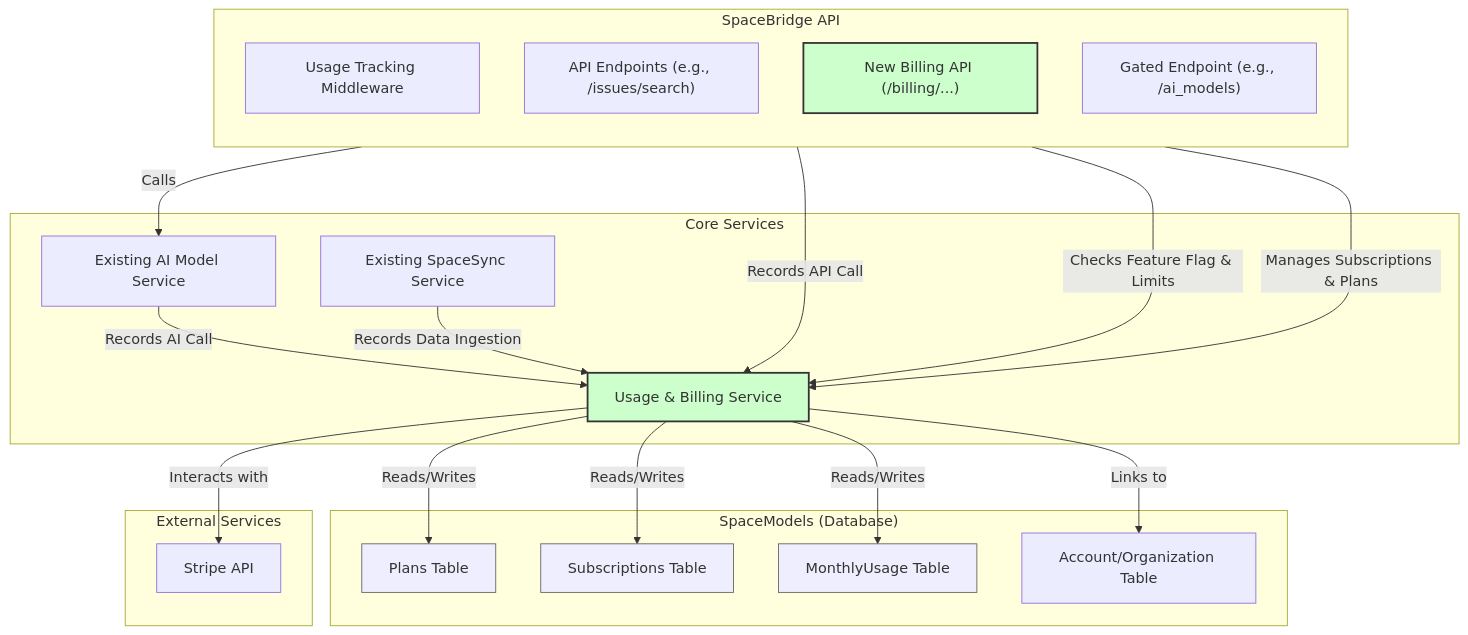
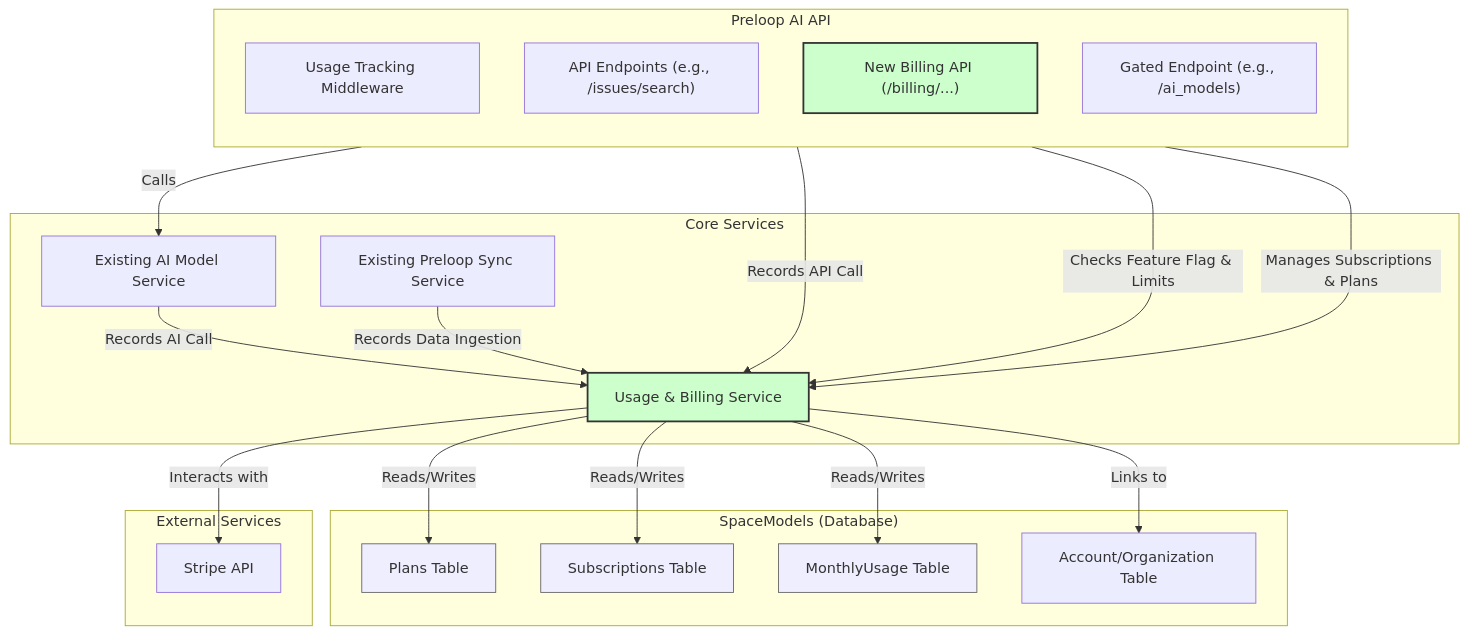
Before and after one commit to GiorgosAlexakis/preloop: the ninth of 9 diagrams in ARCHITECTURE.md, drawn with Mermaid. The commit also changed other lines of this file and 819 other files, not shown here.

````diff
--- a/ARCHITECTURE.md
+++ b/ARCHITECTURE.md
@@ -1095,49 +1094,49 @@
 ```mermaid
 graph TD
-    subgraph "SpaceBridge API"
+    subgraph "Preloop AI API"
         direction TB
         APIMiddleware["Usage Tracking Middleware"]
         APIEndpoints["API Endpoints (e.g., /issues/search)"]
         BillingEndpoints["New Billing API (/billing/...)"]
         FeatureGatedEndpoint["Gated Endpoint (e.g., /ai_models)"]
     end
 
     subgraph "Core Services"
         UsageService["Usage & Billing Service"]
         AIModelService["Existing AI Model Service"]
-        SpaceSyncService["Existing SpaceSync Service"]
+        PreloopSyncService["Existing Preloop Sync Service"]
     end
 
     subgraph "SpaceModels (Database)"
         Plans["Plans Table"]
         Subscriptions["Subscriptions Table"]
         MonthlyUsage["MonthlyUsage Table"]
         Account["Account/Organization Table"]
     end
 
     subgraph "External Services"
         Stripe["Stripe API"]
     end
 
     %% Connections
     APIMiddleware -- "Records API Call" --> UsageService
     APIEndpoints -- "Calls" --> AIModelService
     AIModelService -- "Records AI Call" --> UsageService
-    SpaceSyncService -- "Records Data Ingestion" --> UsageService
+    PreloopSyncService -- "Records Data Ingestion" --> UsageService
 
     FeatureGatedEndpoint -- "Checks Feature Flag & Limits" --> UsageService
     BillingEndpoints -- "Manages Subscriptions & Plans" --> UsageService
 
     UsageService -- "Reads/Writes" --> Plans
     UsageService -- "Reads/Writes" --> Subscriptions
     UsageService -- "Reads/Writes" --> MonthlyUsage
     UsageService -- "Links to" --> Account
     UsageService -- "Interacts with" --> Stripe
 
     %% Styling
     style UsageService fill:#cfc,stroke:#333,stroke-width:2px
     style BillingEndpoints fill:#cfc,stroke:#333,stroke-width:2px
     style Plans fill:#eef,stroke:#666,stroke-width:1px
     style Subscriptions fill:#eef,stroke:#666,stroke-width:1px
     style MonthlyUsage fill:#eef,stroke:#666,stroke-width:1px
 ```
````
